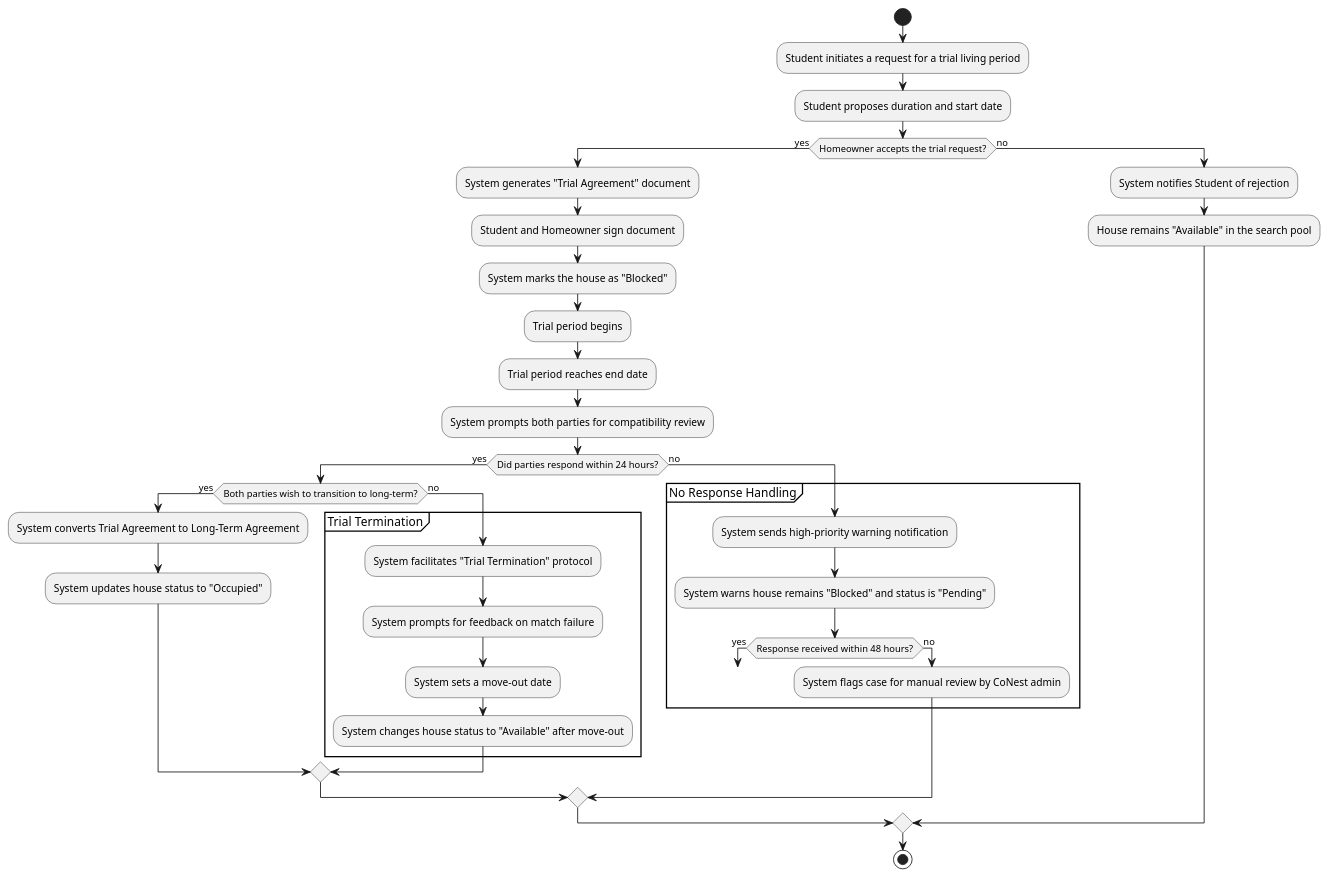
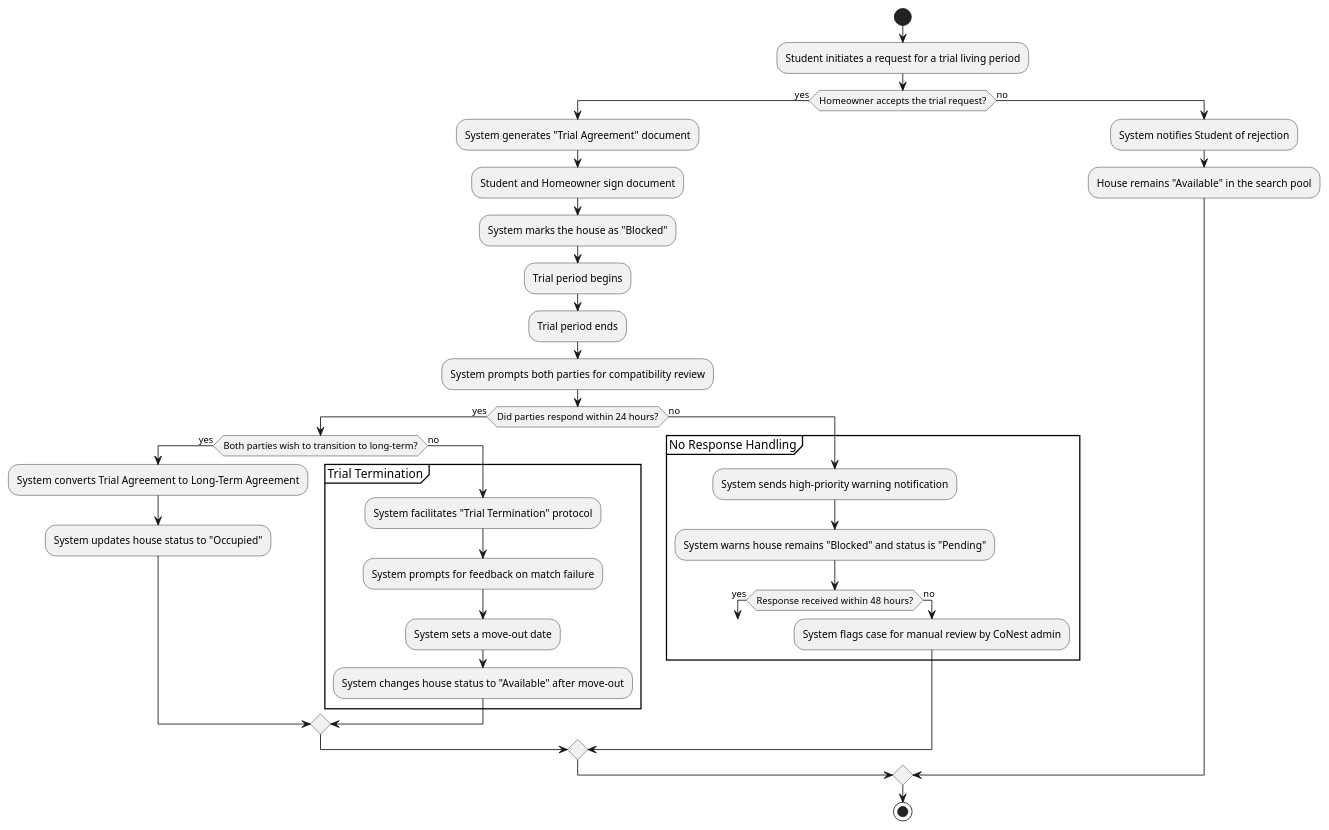
One commit to EmaCikotic/CoNest changed the diagram in documentation/uml/uml-activity-diagram-trial-period.plantuml. Above: the diagram before and after it, drawn with PlantUML.

Commit message:
update uml-activity-diagram-trial-period

```diff
--- a/documentation/uml/uml-activity-diagram-trial-period.plantuml
+++ b/documentation/uml/uml-activity-diagram-trial-period.plantuml
@@ -1,46 +1,45 @@
 @startuml
 start
 
 :Student initiates a request for a trial living period;
-:Student proposes duration and start date;
 
 if (Homeowner accepts the trial request?) then (yes)
     :System generates "Trial Agreement" document;
     :Student and Homeowner sign document;
     :System marks the house as "Blocked";
     :Trial period begins;
     
     label end_of_trial
-    :Trial period reaches end date;
+    :Trial period ends;
     :System prompts both parties for compatibility review;
 
     if (Did parties respond within 24 hours?) then (yes)
         if (Both parties wish to transition to long-term?) then (yes)
             :System converts Trial Agreement to Long-Term Agreement;
             :System updates house status to "Occupied";
         else (no)
             partition "Trial Termination" {
                 :System facilitates "Trial Termination" protocol;
                 :System prompts for feedback on match failure;
                 :System sets a move-out date;
                 :System changes house status to "Available" after move-out;
             }
         endif
     else (no)
         partition "No Response Handling" {
             :System sends high-priority warning notification;
             :System warns house remains "Blocked" and status is "Pending";
             if (Response received within 48 hours?) then (yes)
                 goto end_of_trial
             else (no)
                 :System flags case for manual review by CoNest admin;
             endif
         }
     endif
 else (no)
     :System notifies Student of rejection;
     :House remains "Available" in the search pool;
 endif
 
 stop
 @enduml
```
